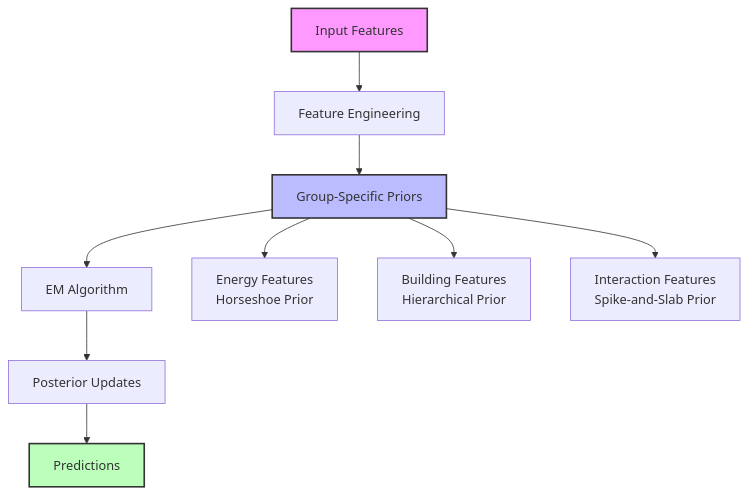
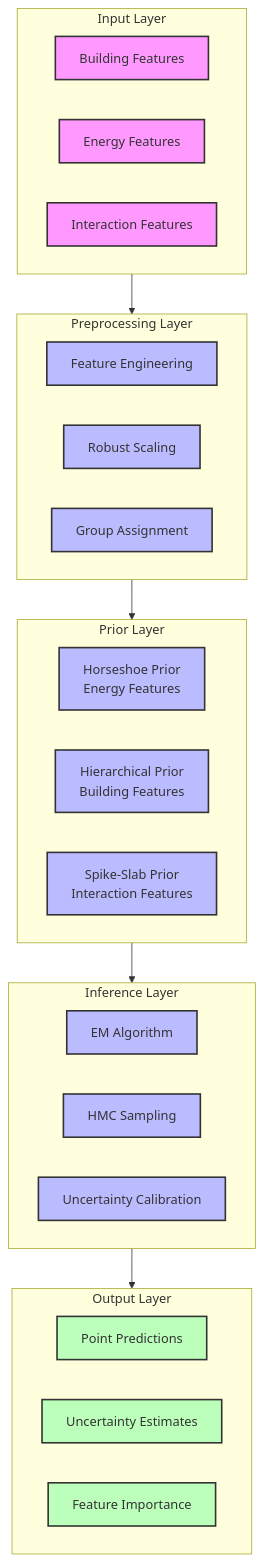
The diagram in bpd/5June/results_groupprior/comparative_analysis.md (georgepaul171/Research-Project), drawn with Mermaid before and after one commit. The commit also changed other lines of this file, not shown here.

Commit message:
model architecture

````diff
--- a/bpd/5June/results_groupprior/comparative_analysis.md
+++ b/bpd/5June/results_groupprior/comparative_analysis.md
@@ -22,16 +18,47 @@
 ```mermaid
 graph TB
-    A[Input Features] --> B[Feature Engineering]
-    B --> C[Group-Specific Priors]
-    C --> D[EM Algorithm]
-    D --> E[Posterior Updates]
-    E --> F[Predictions]
+    subgraph Input["Input Layer"]
+        A1[Building Features]
+        A2[Energy Features]
+        A3[Interaction Features]
+    end
 
-    C --> G[Energy Features\nHorseshoe Prior]
-    C --> H[Building Features\nHierarchical Prior]
-    C --> I[Interaction Features\nSpike-and-Slab Prior]
+    subgraph Preprocessing["Preprocessing Layer"]
+        B1[Feature Engineering]
+        B2[Robust Scaling]
+        B3[Group Assignment]
+    end
 
-    style A fill:#f9f,stroke:#333,stroke-width:2px
-    style C fill:#bbf,stroke:#333,stroke-width:2px
-    style F fill:#bfb,stroke:#333,stroke-width:2px
+    subgraph Priors["Prior Layer"]
+        C1[Horseshoe Prior<br/>Energy Features]
+        C2[Hierarchical Prior<br/>Building Features]
+        C3[Spike-Slab Prior<br/>Interaction Features]
+    end
+
+    subgraph Inference["Inference Layer"]
+        D1[EM Algorithm]
+        D2[HMC Sampling]
+        D3[Uncertainty Calibration]
+    end
+
+    subgraph Output["Output Layer"]
+        E1[Point Predictions]
+        E2[Uncertainty Estimates]
+        E3[Feature Importance]
+    end
+
+    %% Connections
+    Input --> Preprocessing
+    Preprocessing --> Priors
+    Priors --> Inference
+    Inference --> Output
+
+    %% Styling
+    classDef input fill:#f9f,stroke:#333,stroke-width:2px
+    classDef process fill:#bbf,stroke:#333,stroke-width:2px
+    classDef output fill:#bfb,stroke:#333,stroke-width:2px
+
+    class A1,A2,A3 input
+    class B1,B2,B3,C1,C2,C3,D1,D2,D3 process
+    class E1,E2,E3 output
 ```
````
